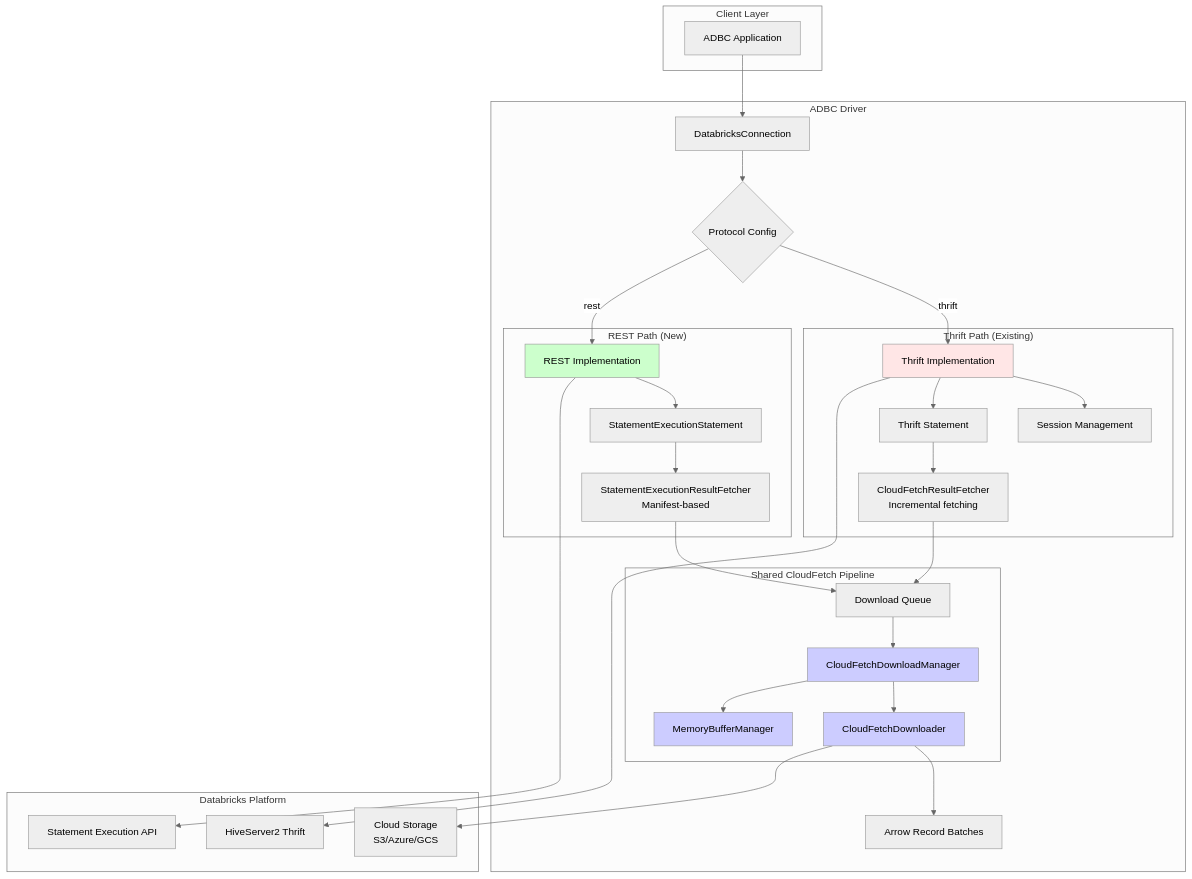
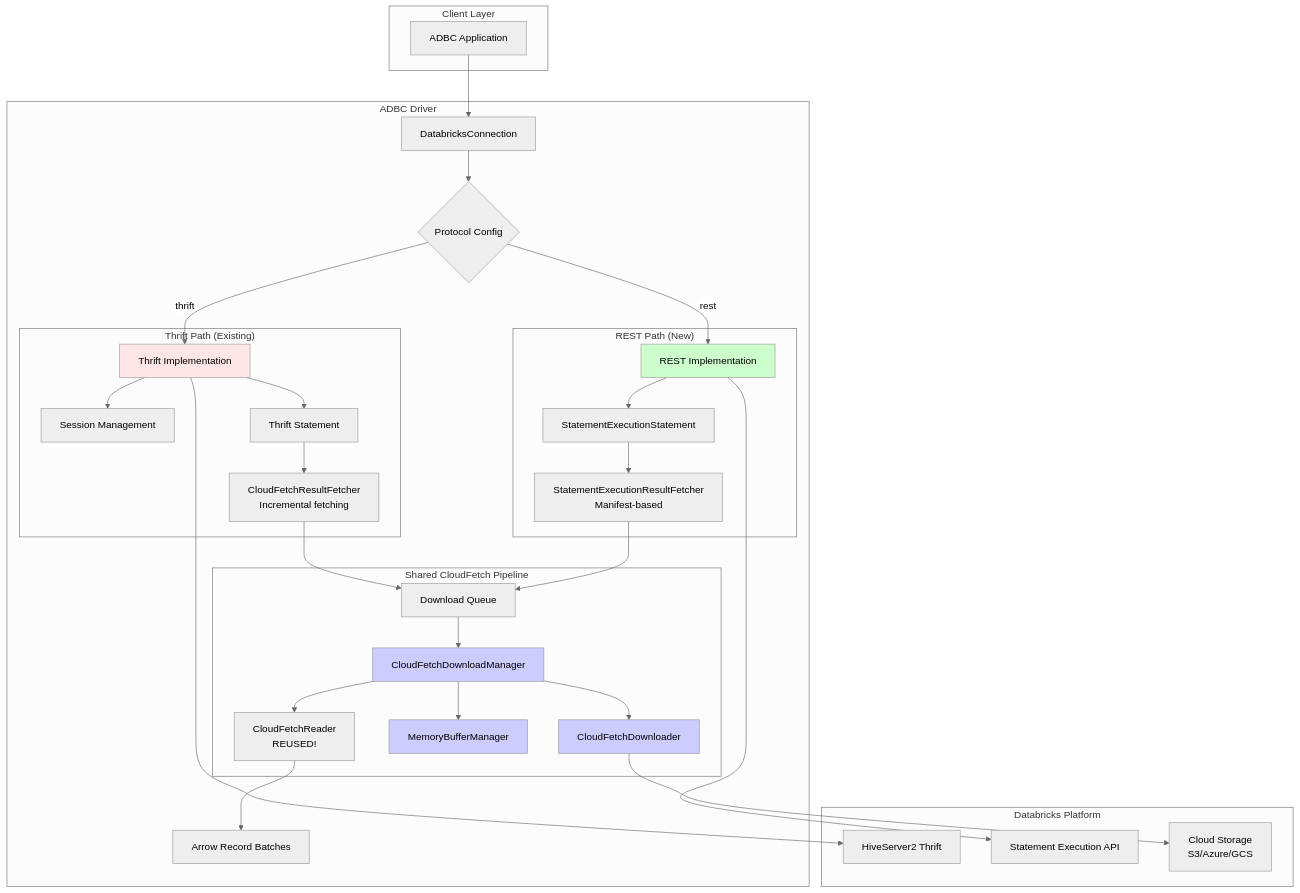
Before and after one commit to apache/arrow-adbc: the first of 10 diagrams in csharp/src/Drivers/Databricks/statement-execution-api-design.md, drawn with Mermaid (neutral theme). The commit also changed other lines of this file, not shown here.

Commit message:
update statement reader design

````diff
--- a/csharp/src/Drivers/Databricks/statement-execution-api-design.md
+++ b/csharp/src/Drivers/Databricks/statement-execution-api-design.md
@@ -21,47 +21,48 @@
 ```mermaid
 graph TB
     subgraph "Client Layer"
         App[ADBC Application]
     end
 
     subgraph "ADBC Driver"
         App --> DC[DatabricksConnection]
         DC --> Cfg{Protocol Config}
 
         Cfg -->|thrift| ThriftImpl[Thrift Implementation]
         Cfg -->|rest| RestImpl[REST Implementation]
 
         subgraph "Thrift Path (Existing)"
             ThriftImpl --> TSess[Session Management]
             ThriftImpl --> TStmt[Thrift Statement]
             TStmt --> TFetch[CloudFetchResultFetcher<br/>Incremental fetching]
         end
 
         subgraph "REST Path (New)"
             RestImpl --> RStmt[StatementExecutionStatement]
             RStmt --> RFetch[StatementExecutionResultFetcher<br/>Manifest-based]
         end
 
         subgraph "Shared CloudFetch Pipeline"
             TFetch --> Queue[Download Queue]
             RFetch --> Queue
             Queue --> DM[CloudFetchDownloadManager]
             DM --> Down[CloudFetchDownloader]
             DM --> Mem[MemoryBufferManager]
+            DM --> Reader[CloudFetchReader<br/>REUSED!]
         end
 
-        Down --> Arrow[Arrow Record Batches]
+        Reader --> Arrow[Arrow Record Batches]
     end
 
     subgraph "Databricks Platform"
         ThriftImpl --> HS2[HiveServer2 Thrift]
         RestImpl --> SEAPI[Statement Execution API]
         Down --> Storage[Cloud Storage<br/>S3/Azure/GCS]
     end
 
     style ThriftImpl fill:#ffe6e6
     style RestImpl fill:#ccffcc
     style DM fill:#ccccff
     style Down fill:#ccccff
     style Mem fill:#ccccff
 ```
````
